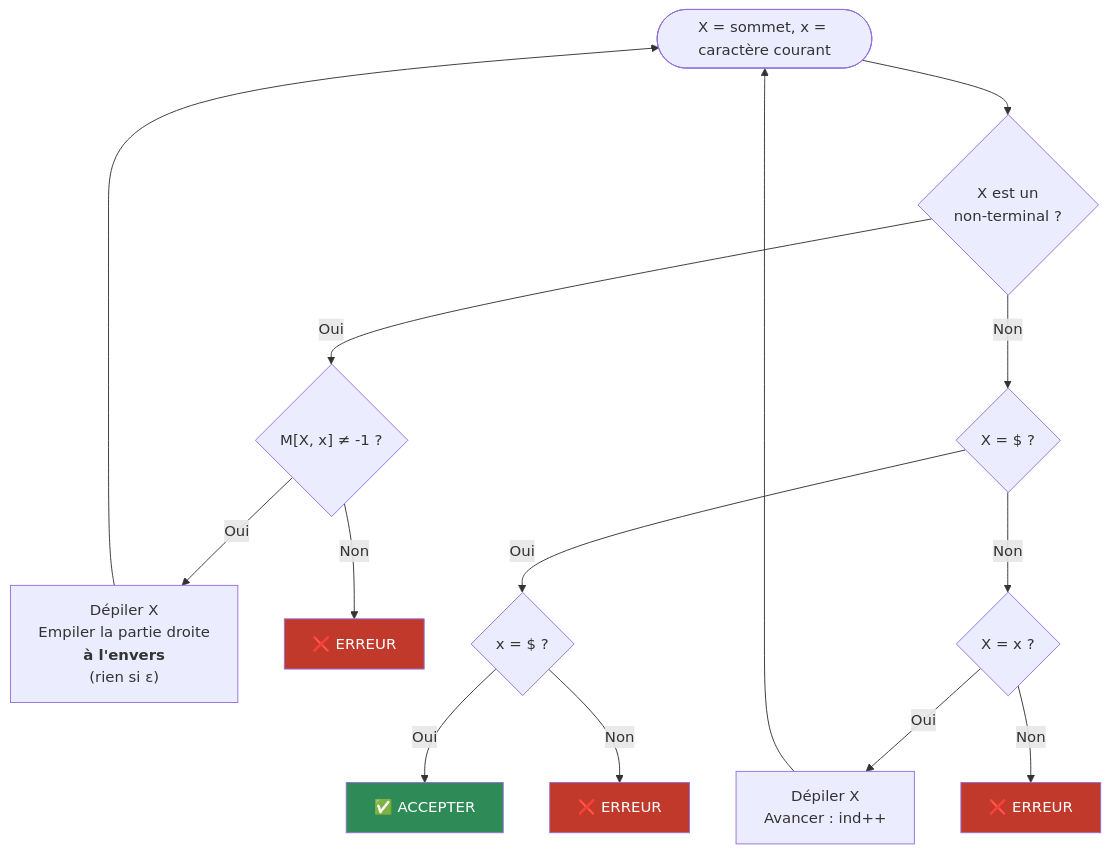
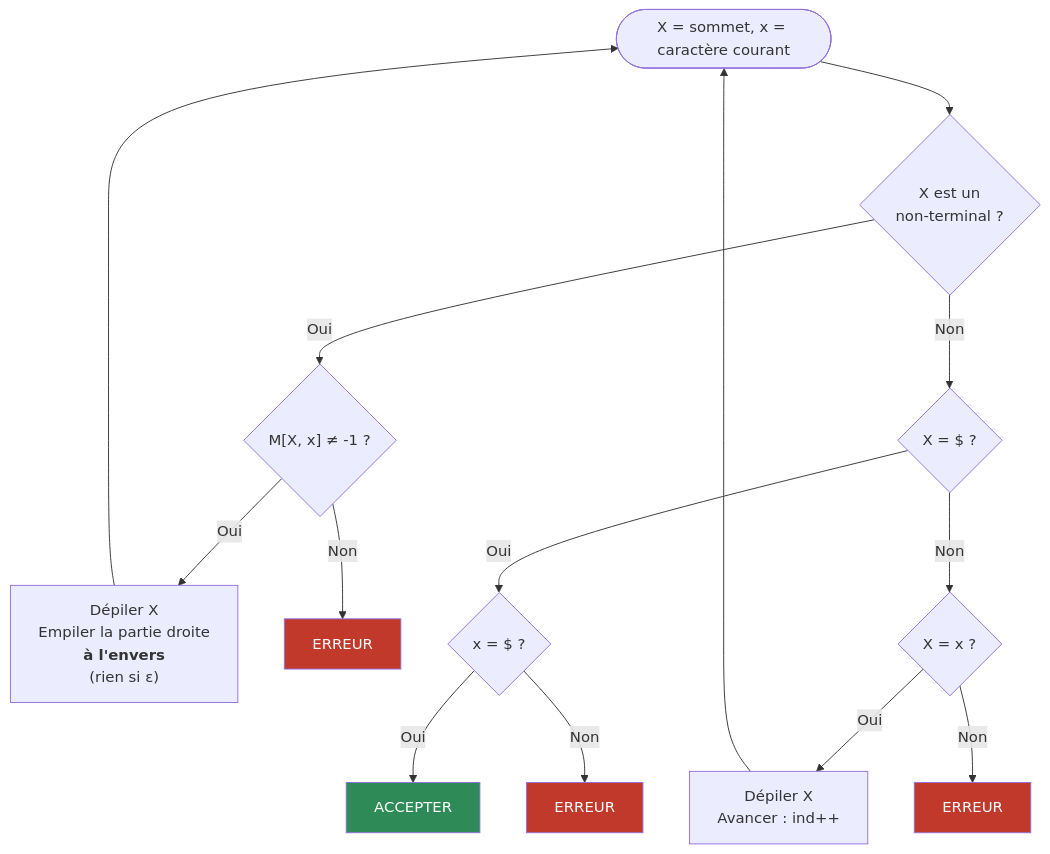
The fifth of 7 diagrams in README.md (Youssef-YBM/T5-COMPILATION-Syntaxique), drawn with Mermaid before and after one commit. The commit also changed other lines of this file, not shown here.

````diff
--- a/README.md
+++ b/README.md
@@ -520,20 +520,20 @@
 ```mermaid
 flowchart TD
     START([X = sommet, x = caractère courant]) --> Q1{X est un<br/>non-terminal ?}
     Q1 -- Oui --> Q2{"M[X, x] ≠ -1 ?"}
     Q2 -- Oui --> D["Dépiler X<br/>Empiler la partie droite<br/><b>à l'envers</b><br/>(rien si ε)"]
-    Q2 -- Non --> ERR1[❌ ERREUR]
+    Q2 -- Non --> ERR1[ ERREUR]
     Q1 -- Non --> Q3{X = $ ?}
     Q3 -- Oui --> Q4{x = $ ?}
-    Q4 -- Oui --> ACC[✅ ACCEPTER]
-    Q4 -- Non --> ERR2[❌ ERREUR]
+    Q4 -- Oui --> ACC[ ACCEPTER]
+    Q4 -- Non --> ERR2[ ERREUR]
     Q3 -- Non --> Q5{X = x ?}
     Q5 -- Oui --> M["Dépiler X<br/>Avancer : ind++"]
-    Q5 -- Non --> ERR3[❌ ERREUR]
+    Q5 -- Non --> ERR3[ ERREUR]
     D --> START
     M --> START
     style ACC fill:#2E8B57,color:#fff
     style ERR1 fill:#c0392b,color:#fff
     style ERR2 fill:#c0392b,color:#fff
     style ERR3 fill:#c0392b,color:#fff
 ```
````
